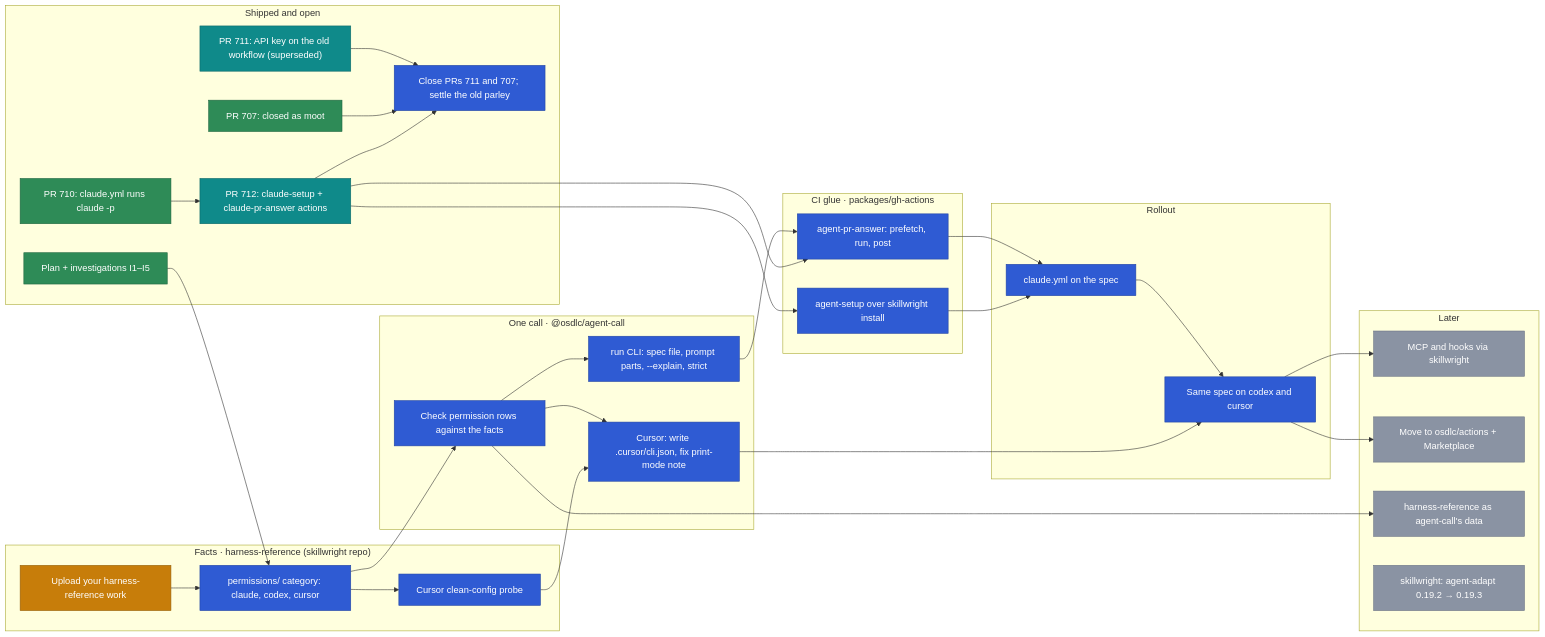
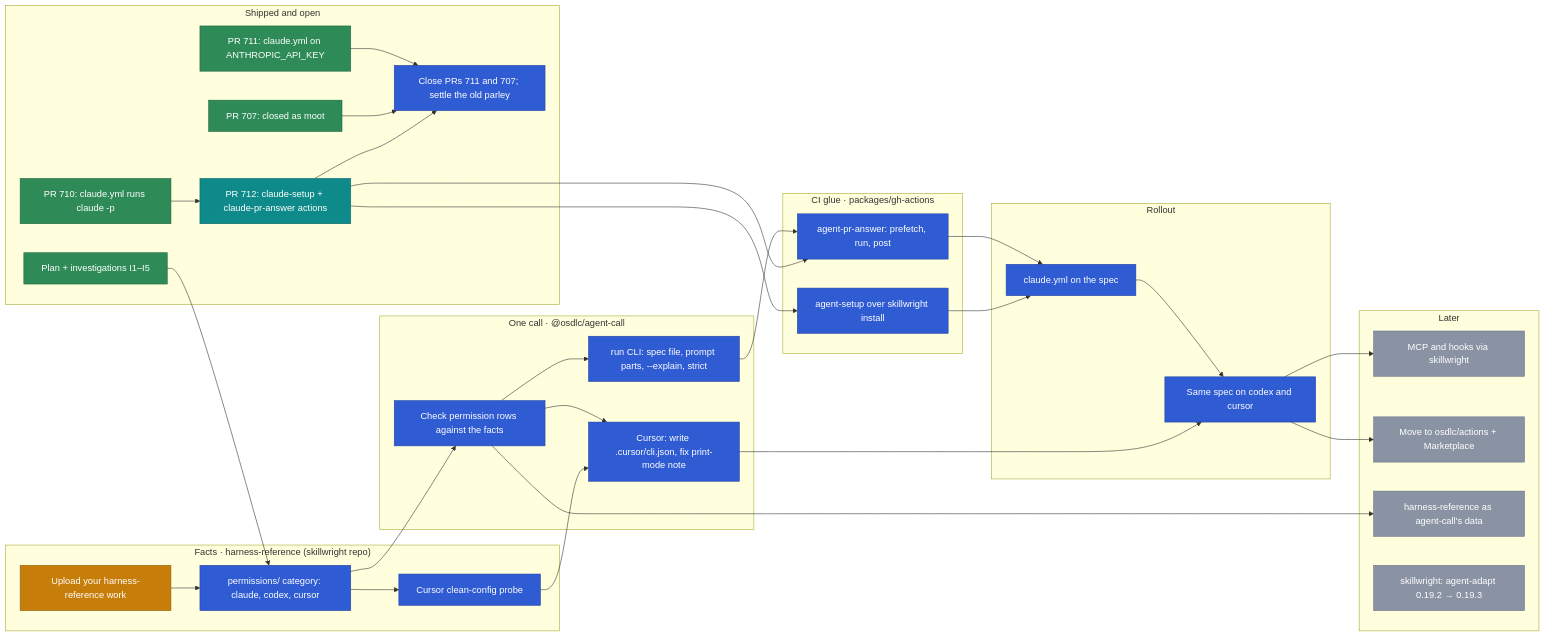
One commit to osdlc/osdlc changed the diagram in docs/planning/agent-ci.md. Above: the diagram before and after it, drawn with Mermaid. The commit also changed other lines of this file, not shown here.

Commit message:
docs(planning): record PR 711 merged

````diff
--- a/docs/planning/agent-ci.md
+++ b/docs/planning/agent-ci.md
@@ -26,70 +26,70 @@
 ```mermaid
 flowchart LR
   subgraph now["Shipped and open"]
     W710["PR 710: claude.yml runs claude -p"]
     P712["PR 712: claude-setup + claude-pr-answer actions"]
     PLAN["Plan + investigations I1–I5"]
     P707["PR 707: closed as moot"]
-    P711["PR 711: API key on the old workflow (superseded)"]
+    P711["PR 711: claude.yml on ANTHROPIC_API_KEY"]
     CLOSE["Close PRs 711 and 707; settle the old parley"]
   end
   subgraph facts["Facts · harness-reference (skillwright repo)"]
     UP["Upload your harness-reference work"]
     PERM["permissions/ category: claude, codex, cursor"]
     PROBE["Cursor clean-config probe"]
   end
   subgraph call["One call · @osdlc/agent-call"]
     CHECK["Check permission rows against the facts"]
     CUR["Cursor: write .cursor/cli.json, fix print-mode note"]
     RUN["run CLI: spec file, prompt parts, --explain, strict"]
   end
   subgraph acts["CI glue · packages/gh-actions"]
     SETUP["agent-setup over skillwright install"]
     ANS["agent-pr-answer: prefetch, run, post"]
   end
   subgraph roll["Rollout"]
     SPEC["claude.yml on the spec"]
     MULTI["Same spec on codex and cursor"]
   end
   subgraph later["Later"]
     MCP["MCP and hooks via skillwright"]
     PUB["Move to osdlc/actions + Marketplace"]
     DATA["harness-reference as agent-call's data"]
     PIN["skillwright: agent-adapt 0.19.2 → 0.19.3"]
   end
 
   W710 --> P712
   P712 --> CLOSE
   P707 --> CLOSE
   P711 --> CLOSE
   UP --> PERM
   PLAN --> PERM
   PERM --> PROBE
   PERM --> CHECK
   PROBE --> CUR
   CHECK --> CUR
   CHECK --> RUN
   P712 --> SETUP
   P712 --> ANS
   RUN --> ANS
   SETUP --> SPEC
   ANS --> SPEC
   CUR --> MULTI
   SPEC --> MULTI
   MULTI --> MCP
   MULTI --> PUB
   CHECK --> DATA
 
   classDef done fill:#2e8b57,stroke:#1f6640,color:#ffffff
   classDef review fill:#0f8a8a,stroke:#0a6666,color:#ffffff
   classDef ready fill:#7a4fc2,stroke:#5a3596,color:#ffffff
   classDef blocked fill:#c0392b,stroke:#8e2a20,color:#ffffff
   classDef active fill:#c77d0a,stroke:#94600a,color:#ffffff
   classDef next fill:#2f5bd3,stroke:#2144a3,color:#ffffff
   classDef later fill:#8a93a3,stroke:#6b7384,color:#ffffff
-  class W710,PLAN,P707 done
-  class P712,P711 review
+  class W710,PLAN,P707,P711 done
+  class P712 review
   class UP active
   class CLOSE,PERM,PROBE,CHECK,CUR,RUN,SETUP,ANS,SPEC,MULTI next
   class MCP,PUB,DATA,PIN later
 ```
````
